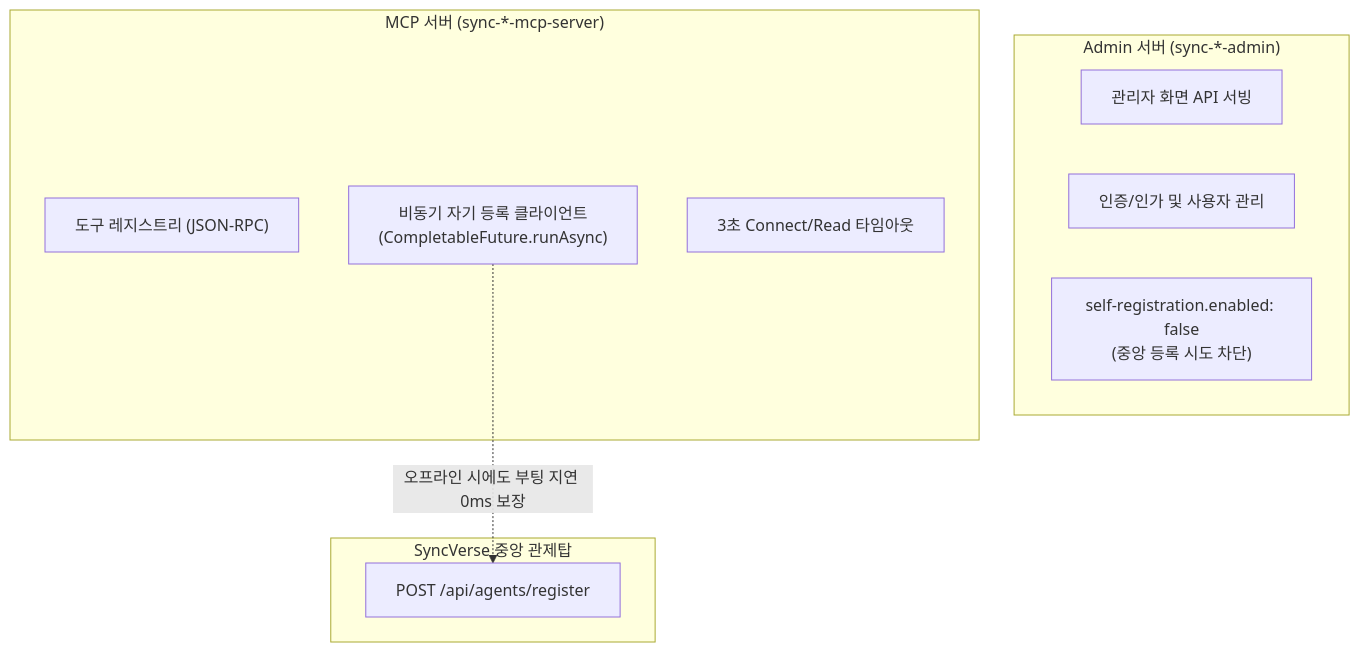
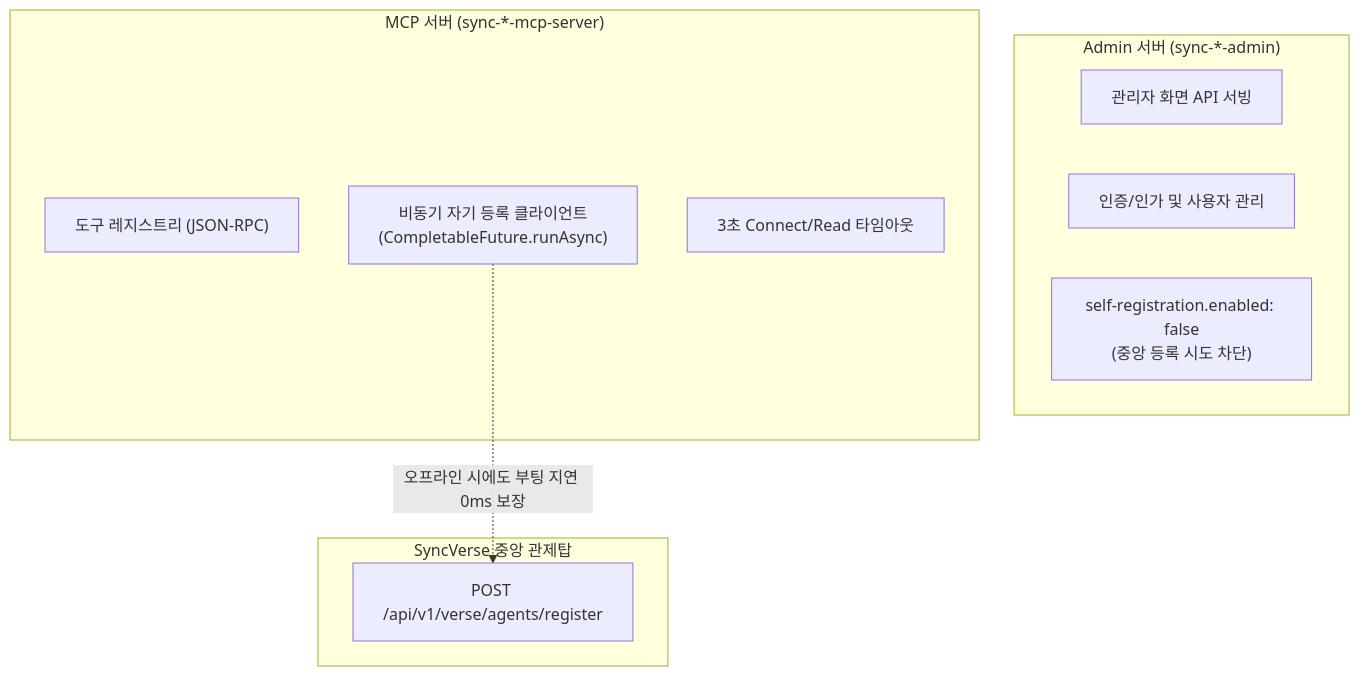
The third of 3 diagrams in ko/syncverse/architecture.md (DramaticCollaboration/doc.github.io), drawn with Mermaid before and after one commit. The commit also changed other lines of this file and 437 other files, not shown here.

````diff
--- a/ko/syncverse/architecture.md
+++ b/ko/syncverse/architecture.md
@@ -171,20 +171,20 @@
 ```mermaid
 graph TD
     subgraph AdminRuntime ["Admin 서버 (sync-*-admin)"]
         UI["관리자 화면 API 서빙"]
         Auth["인증/인가 및 사용자 관리"]
         Block["self-registration.enabled: false\n(중앙 등록 시도 차단)"]
     end
 
     subgraph McpRuntime ["MCP 서버 (sync-*-mcp-server)"]
         ToolRegistry["도구 레지스트리 (JSON-RPC)"]
         AsyncReg["비동기 자기 등록 클라이언트\n(CompletableFuture.runAsync)"]
         Timeout["3초 Connect/Read 타임아웃"]
     end
 
     subgraph CenterTower ["SyncVerse 중앙 관제탑"]
-        RegEndpoint["POST /api/agents/register"]
+        RegEndpoint["POST /api/v1/verse/agents/register"]
     end
 
     AsyncReg -.->|오프라인 시에도 부팅 지연 0ms 보장| RegEndpoint
 ```
````
